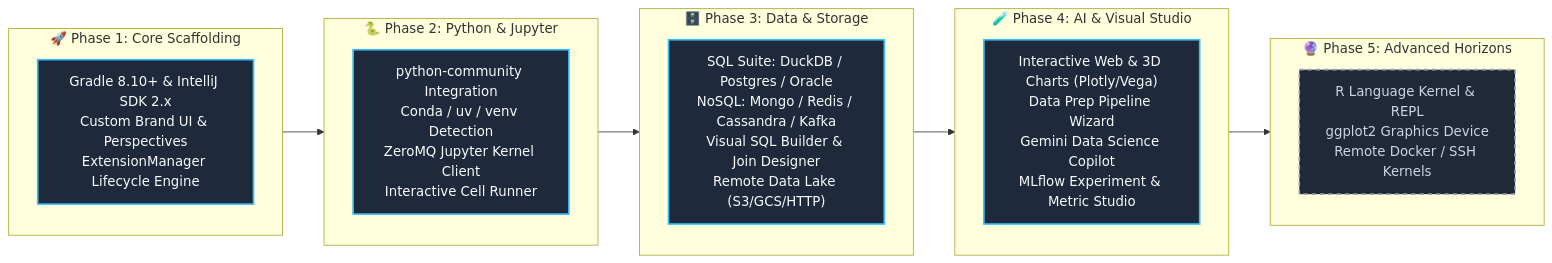
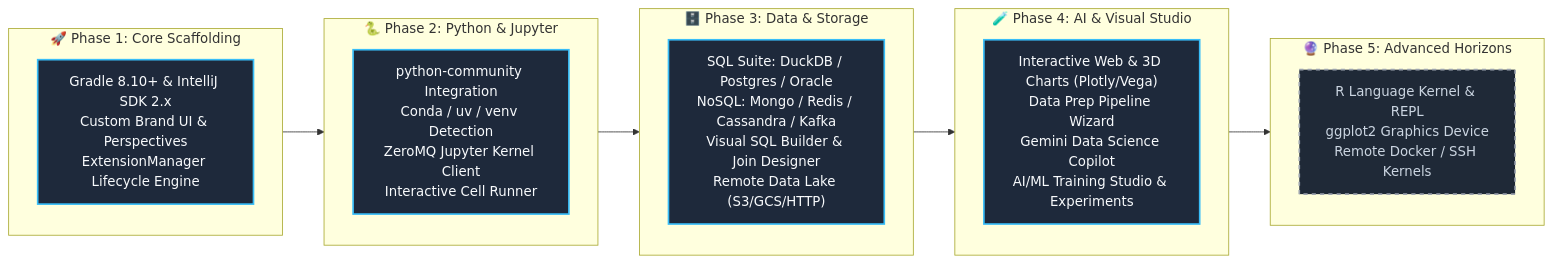
One commit to indoctrinatedrecluse/J-rmungandr changed the fourth of 4 diagrams in README.md. Above: the diagram before and after it, drawn with Mermaid. The commit also changed other lines of this file, not shown here.

````diff
--- a/README.md
+++ b/README.md
@@ -264,32 +266,32 @@
 ```mermaid
 flowchart LR
     classDef phase fill:#1e293b,stroke:#38bdf8,stroke-width:2px,color:#f8fafc;
     classDef future fill:#1f2937,stroke:#9ca3af,stroke-width:2px,stroke-dasharray: 5 5,color:#cbd5e1;
 
     subgraph P1["🚀 Phase 1: Core Scaffolding"]
         M1["Gradle 8.10+ & IntelliJ SDK 2.x<br/>Custom Brand UI & Perspectives<br/>ExtensionManager Lifecycle Engine"]
     end
     class P1,M1 phase;
 
     subgraph P2["🐍 Phase 2: Python & Jupyter"]
         M2["python-community Integration<br/>Conda / uv / venv Detection<br/>ZeroMQ Jupyter Kernel Client<br/>Interactive Cell Runner"]
     end
     class P2,M2 phase;
 
     subgraph P3["🗄️ Phase 3: Data & Storage"]
         M3["SQL Suite: DuckDB / Postgres / Oracle<br/>NoSQL: Mongo / Redis / Cassandra / Kafka<br/>Visual SQL Builder & Join Designer<br/>Remote Data Lake (S3/GCS/HTTP)"]
     end
     class P3,M3 phase;
 
     subgraph P4["🧪 Phase 4: AI & Visual Studio"]
-        M4["Interactive Web & 3D Charts (Plotly/Vega)<br/>Data Prep Pipeline Wizard<br/>Gemini Data Science Copilot<br/>MLflow Experiment & Metric Studio"]
+        M4["Interactive Web & 3D Charts (Plotly/Vega)<br/>Data Prep Pipeline Wizard<br/>Gemini Data Science Copilot<br/>AI/ML Training Studio & Experiments"]
     end
     class P4,M4 phase;
 
     subgraph P5["🔮 Phase 5: Advanced Horizons"]
         M5["R Language Kernel & REPL<br/>ggplot2 Graphics Device<br/>Remote Docker / SSH Kernels"]
     end
     class P5,M5 future;
 
     P1 --> P2 --> P3 --> P4 --> P5
 ```
````
